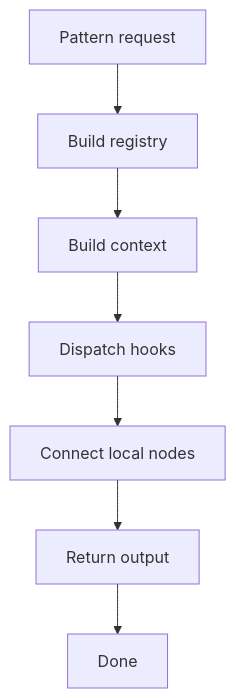
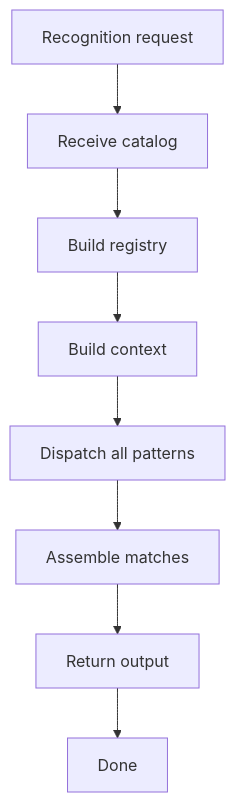
The first of 3 diagrams in docs/Codebase/Microservice/Modules/Source/Analysis/Patterns/Middleman/Middleman/pattern_middleman.cpp.md (JohnAndrewBalbarosa/NeoTerritory), drawn with Mermaid before and after one commit. The commit also changed other lines of this file and 182 other files, not shown here.

````diff
--- a/docs/Codebase/Microservice/Modules/Source/Analysis/Patterns/Middleman/Middleman/pattern_middleman.cpp.md
+++ b/docs/Codebase/Microservice/Modules/Source/Analysis/Patterns/Middleman/Middleman/pattern_middleman.cpp.md
@@ -10,16 +10,18 @@
 ```mermaid
 flowchart TD
-    Start["Pattern request"]
-    N0["Build registry"]
-    N1["Build context"]
-    N2["Dispatch hooks"]
-    N3["Connect local nodes"]
-    N4["Return output"]
+    Start["Recognition request"]
+    N0["Receive catalog"]
+    N1["Build registry"]
+    N2["Build context"]
+    N3["Dispatch all patterns"]
+    N4["Assemble matches"]
+    N5["Return output"]
     End["Done"]
     Start --> N0
     N0 --> N1
     N1 --> N2
     N2 --> N3
     N3 --> N4
-    N4 --> End
+    N4 --> N5
+    N5 --> End
 ```
````
